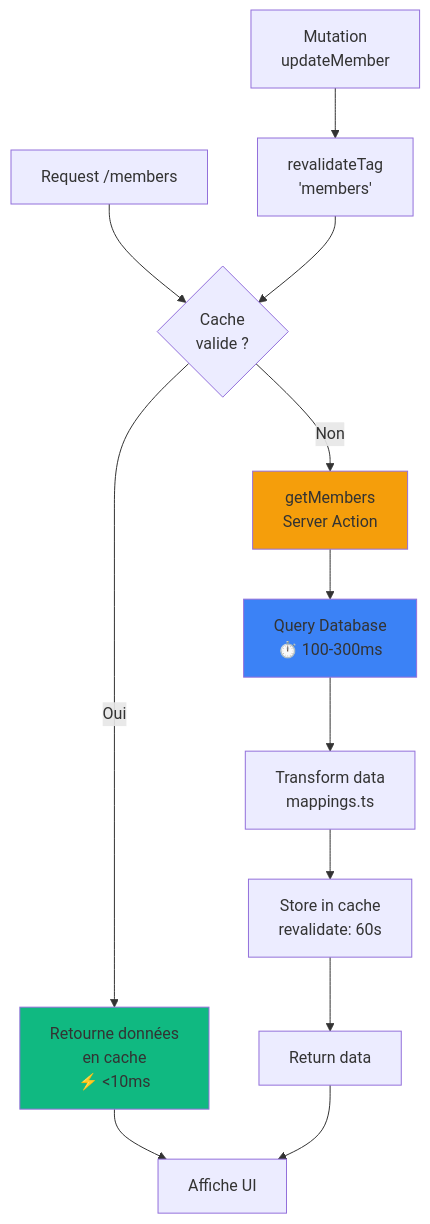
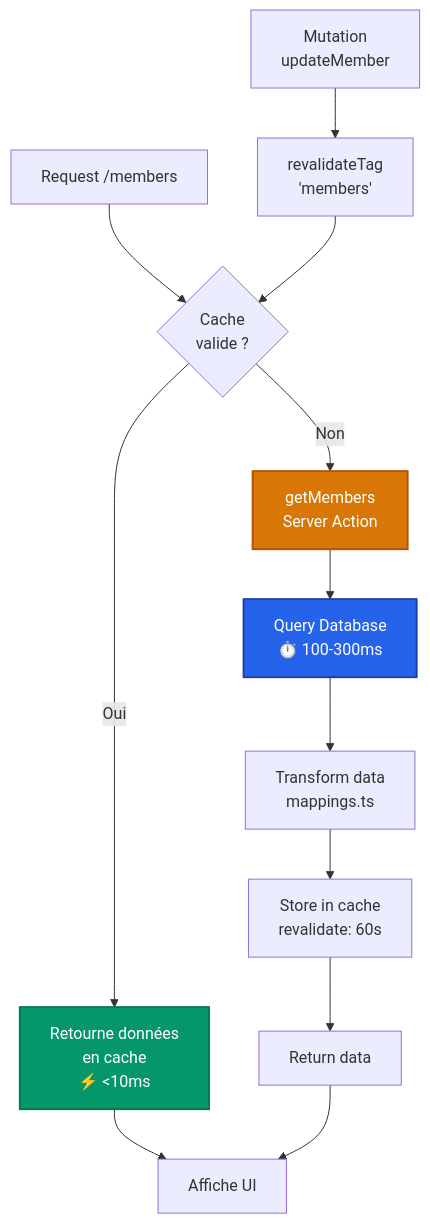
Diagram 24 of 32 in documentation/16-diagrammes-architecture.md (inskillflow/next-auth-demo-2-match), drawn with Mermaid before and after one commit. The commit also changed other lines of this file, not shown here.

````diff
--- a/documentation/16-diagrammes-architecture.md
+++ b/documentation/16-diagrammes-architecture.md
@@ -1074,23 +1074,23 @@
 ```mermaid
 graph TD
     Request[Request /members] --> Cache{Cache<br/>valide ?}
     
     Cache -->|Oui| Cached[Retourne données<br/>en cache<br/>⚡ <10ms]
     
     Cache -->|Non| ServerAction[getMembers<br/>Server Action]
     
     ServerAction --> DB[Query Database<br/>⏱️ 100-300ms]
     DB --> Transform[Transform data<br/>mappings.ts]
     Transform --> Store[Store in cache<br/>revalidate: 60s]
     Store --> Return[Return data]
     
     Cached --> Display[Affiche UI]
     Return --> Display
     
     Update[Mutation<br/>updateMember] --> Invalidate[revalidateTag<br/>'members']
     Invalidate --> Cache
     
-    style Cached fill:#10b981
-    style ServerAction fill:#f59e0b
-    style DB fill:#3b82f6
+    style Cached fill:#059669,stroke:#047857,stroke-width:2px,color:#fff
+    style ServerAction fill:#d97706,stroke:#b45309,stroke-width:2px,color:#fff
+    style DB fill:#2563eb,stroke:#1e40af,stroke-width:2px,color:#fff
 ```
````
